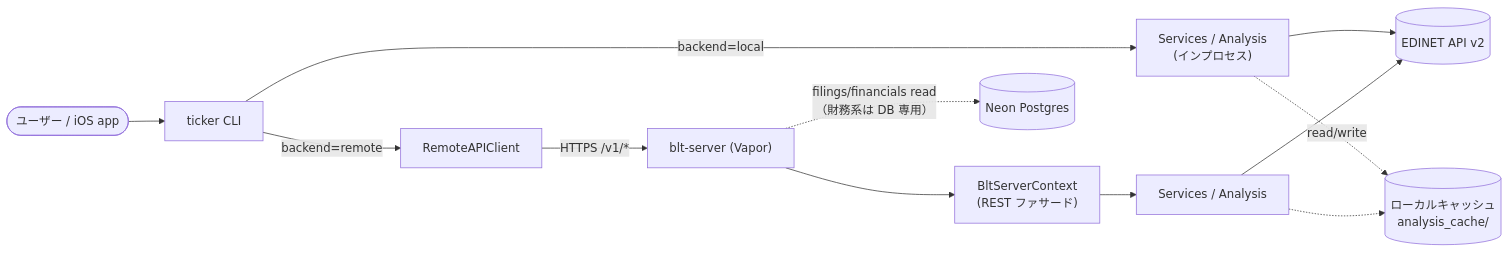
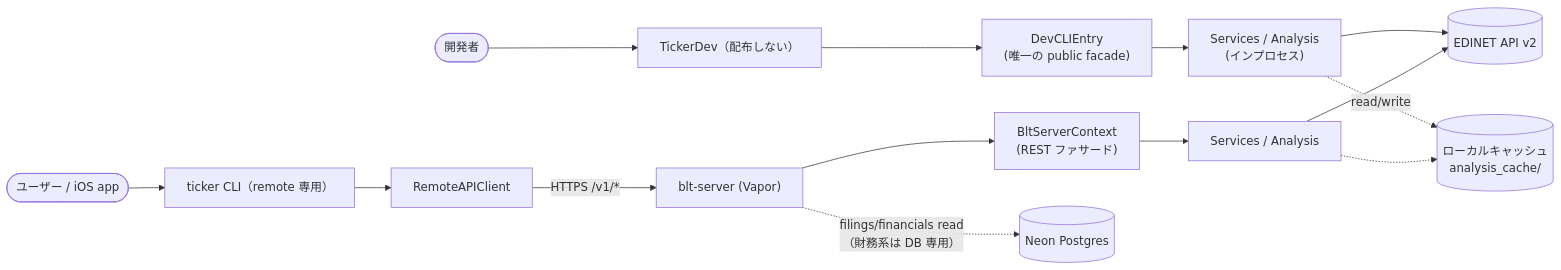
One commit to sollahiro/blue-ticker changed the second of 4 diagrams in docs/architecture.md. Above: the diagram before and after it, drawn with Mermaid. The commit also changed other lines of this file and 32 other files, not shown here.

````diff
--- a/docs/architecture.md
+++ b/docs/architecture.md
@@ -74,14 +81,16 @@
 ```mermaid
 flowchart LR
-    user(["ユーザー / iOS app"]) --> cli["ticker CLI"]
-    cli -->|"backend=local"| svc["Services / Analysis<br/>(インプロセス)"]
-    cli -->|"backend=remote"| rc["RemoteAPIClient"]
+    user(["ユーザー / iOS app"]) --> cli["ticker CLI（remote 専用）"]
+    dev(["開発者"]) --> devcli["TickerDev（配布しない）"]
+    devcli --> facade0["DevCLIEntry<br/>(唯一の public facade)"]
+    facade0 --> svc["Services / Analysis<br/>(インプロセス)"]
+    cli --> rc["RemoteAPIClient"]
     rc -->|"HTTPS /v1/*"| server["blt-server (Vapor)"]
     server --> facade["BltServerContext<br/>(REST ファサード)"]
     facade --> svc2["Services / Analysis"]
     svc --> edinet[("EDINET API v2")]
     svc2 --> edinet
     svc -.->|read/write| cache[("ローカルキャッシュ<br/>analysis_cache/")]
     svc2 -.-> cache
     server -.->|"filings/financials read<br/>（財務系は DB 専用）"| pg[("Neon Postgres")]
 ```
````
